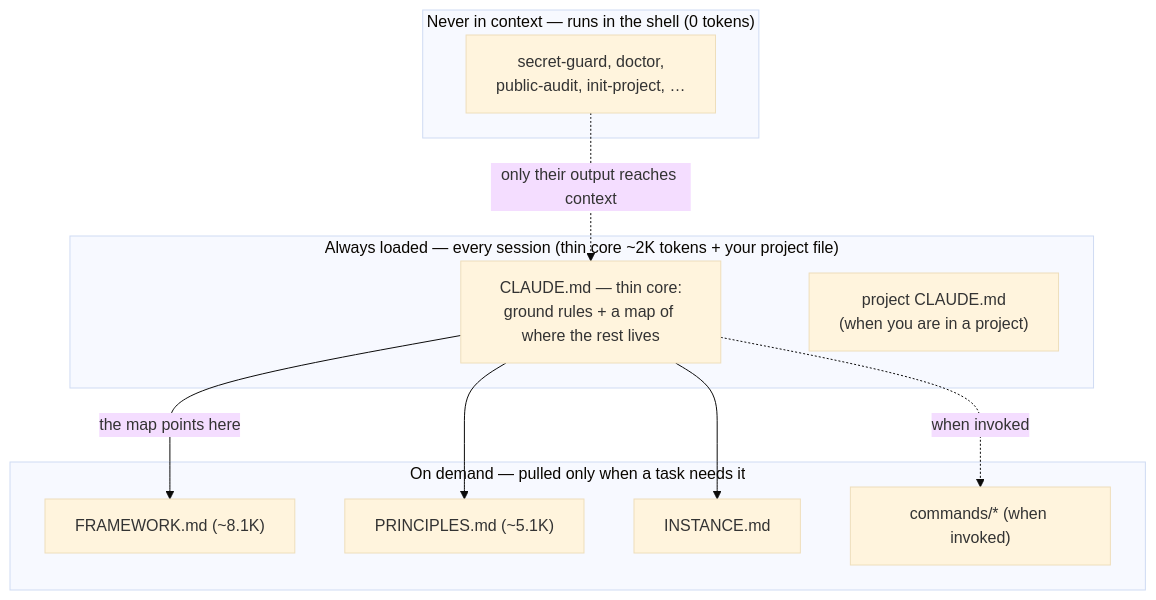
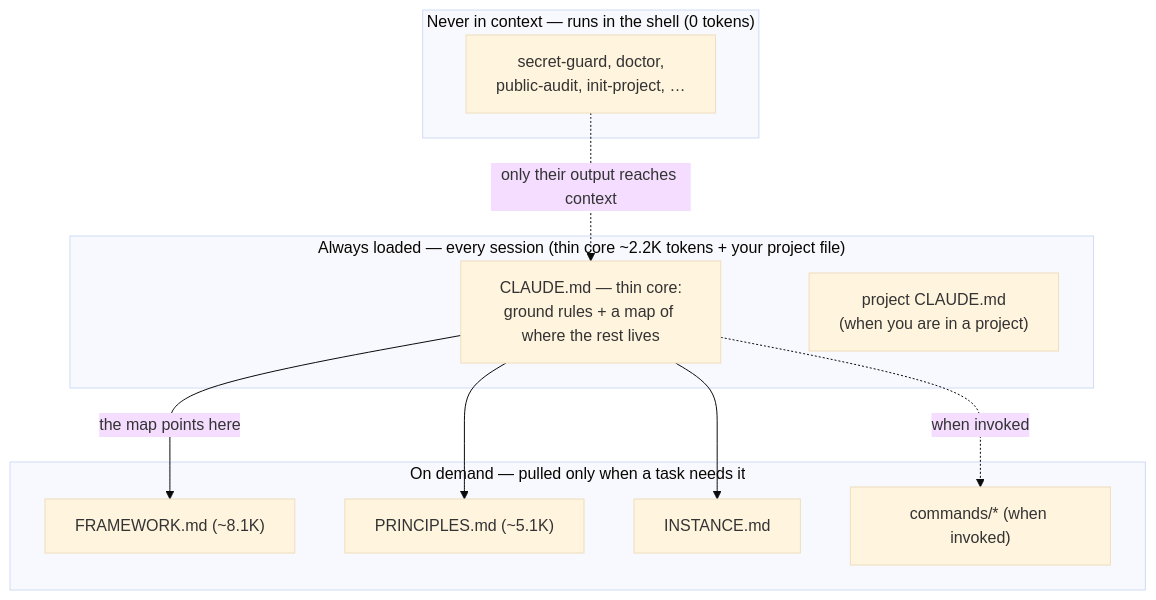
Before and after one commit to rockerlabs/keel: the diagram in README.md, drawn with Mermaid (base theme). The commit also changed other lines of this file and 1 other file, not shown here.

Commit message:
dir #69: bump README's two ~2K core figures to ~2.2K
Third review pass caught the sibling the previous commit missed: README.md
carries the same always-loaded-core size twice, and one of them (the mermaid
"Always loaded" label) is guarded by assert_readme_figure against the same
±10% band. This branch's growth had cut its headroom to 11 tokens — less than
the 23-token case the previous commit refreshed the docs table for. Both go to
~2.2K.

````diff
--- a/README.md
+++ b/README.md
@@ -120,21 +120,21 @@
 ```mermaid
 flowchart TD
-    subgraph always["Always loaded — every session (thin core ~2K tokens + your project file)"]
+    subgraph always["Always loaded — every session (thin core ~2.2K tokens + your project file)"]
         core["CLAUDE.md — thin core:<br/>ground rules + a map of where the rest lives"]
         proj["project CLAUDE.md<br/>(when you are in a project)"]
     end
     subgraph demand["On demand — pulled only when a task needs it"]
         fw["FRAMEWORK.md (~8.1K)"]
         prin["PRINCIPLES.md (~5.1K)"]
         inst["INSTANCE.md"]
         cmd["commands/* (when invoked)"]
     end
     subgraph never["Never in context — runs in the shell (0 tokens)"]
         tools["secret-guard, doctor,<br/>public-audit, init-project, …"]
     end
     core -->|the map points here| fw
     core --> prin
     core --> inst
     core -.->|when invoked| cmd
     tools -.->|only their output reaches context| core
 ```
````
